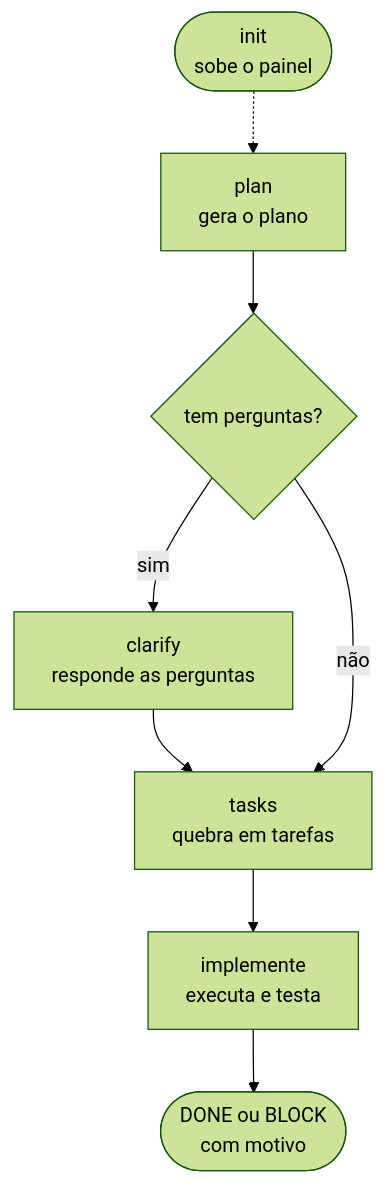
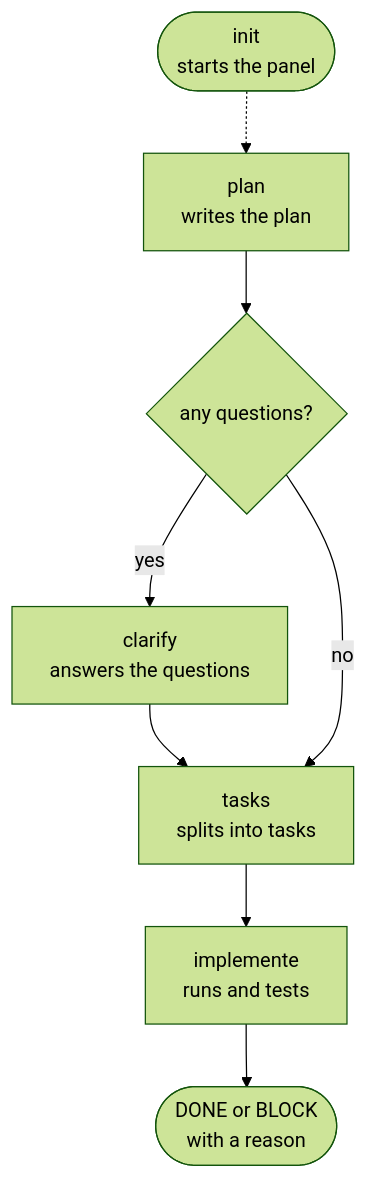
The first of 3 diagrams in README.md (Dougladmo/graph-eng), drawn with Mermaid (forest theme) before and after one commit. The commit also changed other lines of this file and 5 other files, not shown here.

````diff
--- a/README.md
+++ b/README.md
@@ -89,9 +89,9 @@
 ```mermaid
 flowchart TD
-  I([init<br/>sobe o painel]) -.-> P
-  P[plan<br/>gera o plano] --> Q{tem perguntas?}
-  Q -- sim --> C[clarify<br/>responde as perguntas] --> T
-  Q -- não --> T[tasks<br/>quebra em tarefas]
-  T --> M[implemente<br/>executa e testa]
-  M --> R([DONE ou BLOCK<br/>com motivo])
+  I([init<br/>starts the panel]) -.-> P
+  P[plan<br/>writes the plan] --> Q{any questions?}
+  Q -- yes --> C[clarify<br/>answers the questions] --> T
+  Q -- no --> T[tasks<br/>splits into tasks]
+  T --> M[implemente<br/>runs and tests]
+  M --> R([DONE or BLOCK<br/>with a reason])
 ```
````
